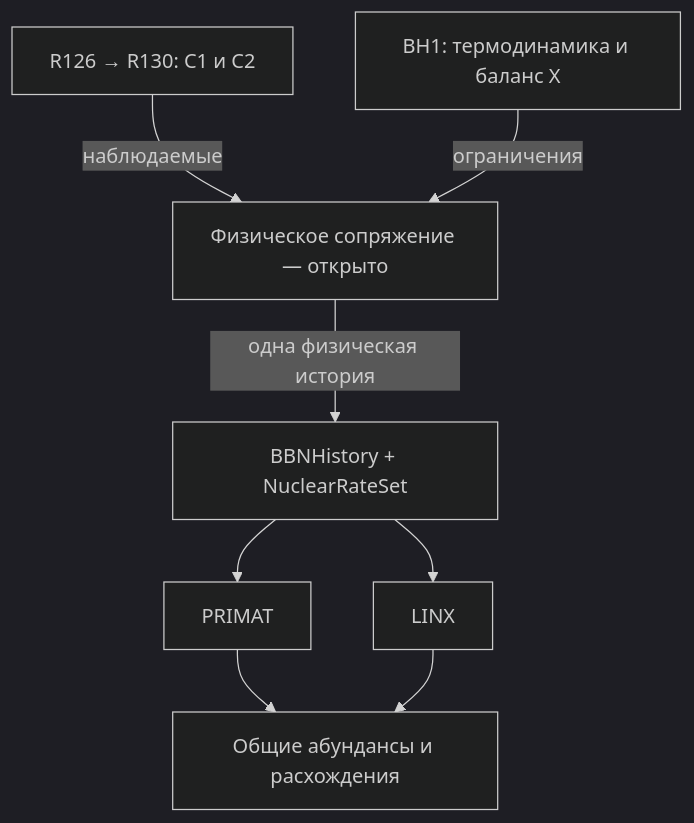
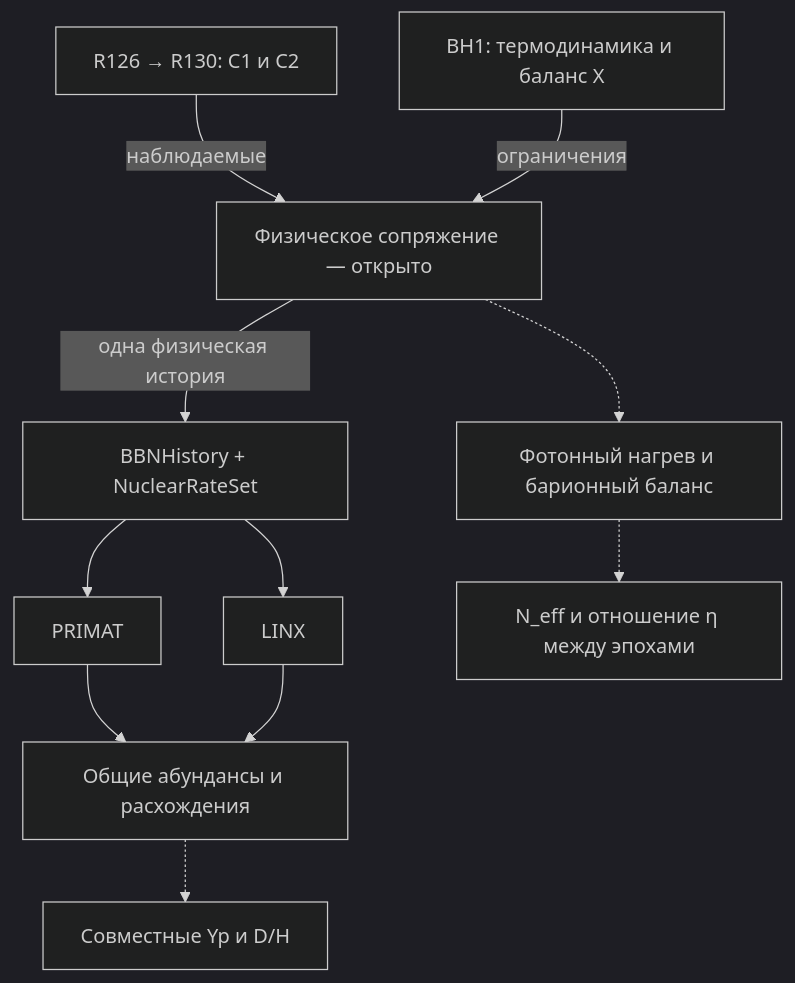
One commit to IgorSabirov/vm-lab changed the diagram in analysis/R130_BH1_BBN_CONNECTION_20261117/REPORT.md. Above: the diagram before and after it, drawn with Mermaid (dark theme). The commit also changed other lines of this file and 43 other files, not shown here.

Commit message:
Сверка сессии R130–R134, схем и реестров BBN (#139)

````diff
--- a/analysis/R130_BH1_BBN_CONNECTION_20261117/REPORT.md
+++ b/analysis/R130_BH1_BBN_CONNECTION_20261117/REPORT.md
@@ -17,10 +17,13 @@
 ```mermaid
 flowchart TD
   A["R126 → R130: C1 и C2"] -->|"наблюдаемые"| C["Физическое сопряжение — открыто"]
   B["BH1: термодинамика и баланс X"] -->|"ограничения"| C
   C -->|"одна физическая история"| D["BBNHistory + NuclearRateSet"]
   D --> E["PRIMAT"]
   D --> F["LINX"]
   E --> G["Общие абундансы и расхождения"]
   F --> G
+  G -.-> J["Совместные Yp и D/H"]
+  C -.-> K["Фотонный нагрев и барионный баланс"]
+  K -.-> V["N_eff и отношение η между эпохами"]
 ```
````
